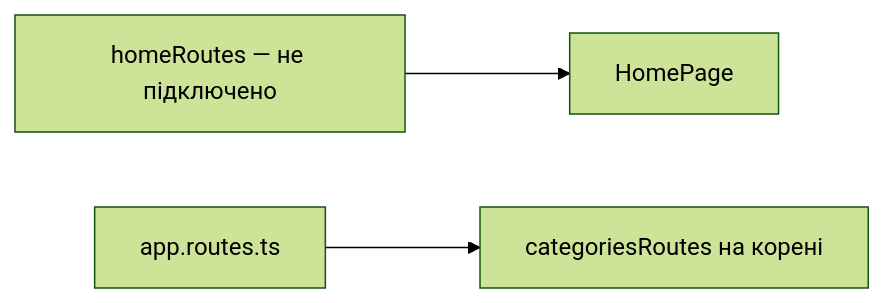
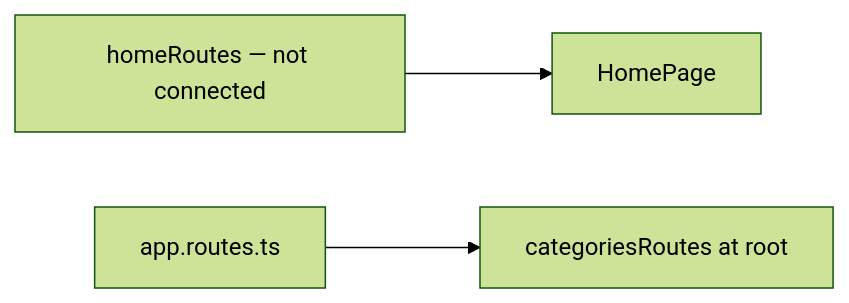
One commit to Weretik/kedr-web changed the diagram in docs/features/storefront/home.md. Above: the diagram before and after it, drawn with Mermaid (forest theme). The commit also changed other lines of this file and 95 other files, not shown here.

Commit message:
docs(frontend): reconcile architecture and feature guidance

````diff
--- a/docs/features/storefront/home.md
+++ b/docs/features/storefront/home.md
@@ -9,5 +9,5 @@
 ```mermaid
 flowchart LR
-HomeRoute["homeRoutes — не підключено"] --> HomePage["HomePage"]
-App["app.routes.ts"] --> Categories["categoriesRoutes на корені"]
+HomeRoute["homeRoutes — not connected"] --> HomePage["HomePage"]
+App["app.routes.ts"] --> Categories["categoriesRoutes at root"]
 ```
````
